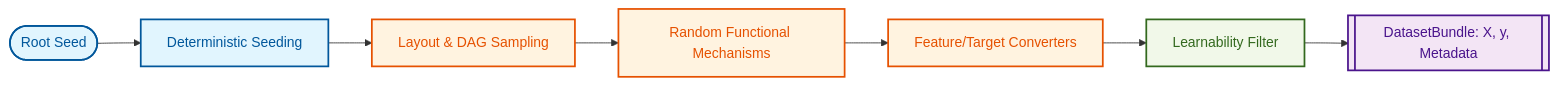
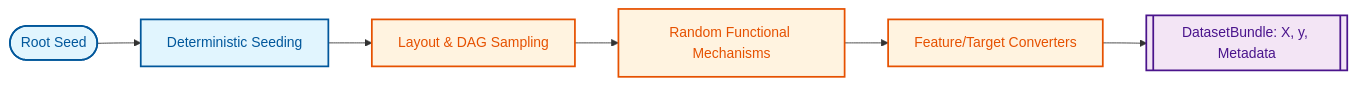
Before and after one commit to bensonlee5/cauchy-generator: the first of 2 diagrams in README.md, drawn with Mermaid. The commit also changed other lines of this file and 8 other files, not shown here.

````diff
--- a/README.md
+++ b/README.md
@@ -7,21 +7,18 @@
 ```mermaid
 flowchart LR
     %% Class Definitions
     classDef setup fill:#e1f5fe,stroke:#01579b,stroke-width:2px,color:#01579b
     classDef core fill:#fff3e0,stroke:#e65100,stroke-width:2px,color:#e65100
-    classDef gate fill:#f1f8e9,stroke:#33691e,stroke-width:2px,color:#33691e
     classDef out fill:#f3e5f5,stroke:#4a148c,stroke-width:2px,color:#4a148c
 
     Seed([Root Seed]) --> RNG[Deterministic Seeding]
     RNG --> Layout[Layout & DAG Sampling]
     Layout --> Mechanisms[Random Functional Mechanisms]
     Mechanisms --> Converters[Feature/Target Converters]
-    Converters --> Filter[Learnability Filter]
-    Filter --> Bundle[[DatasetBundle: X, y, Metadata]]
+    Converters --> Bundle[[DatasetBundle: X, y, Metadata]]
 
     %% Assign Classes
     class Seed,RNG setup
     class Layout,Mechanisms,Converters core
-    class Filter gate
     class Bundle out
 ```
````
